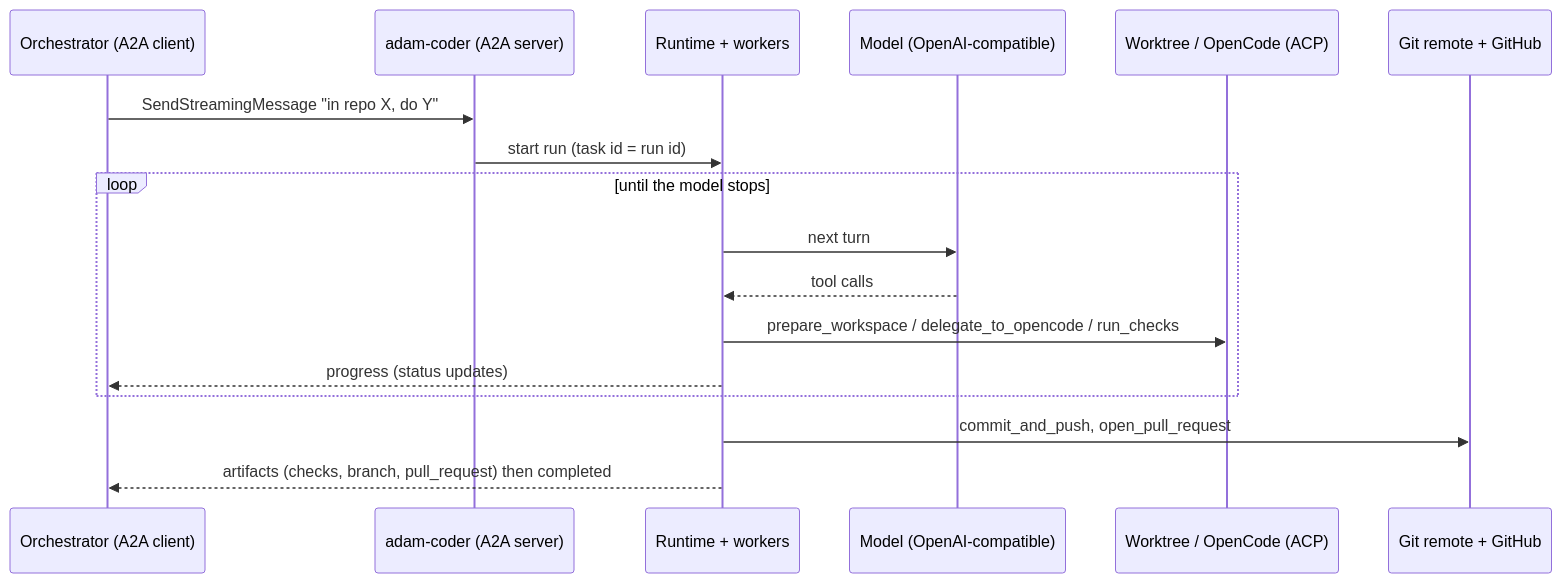
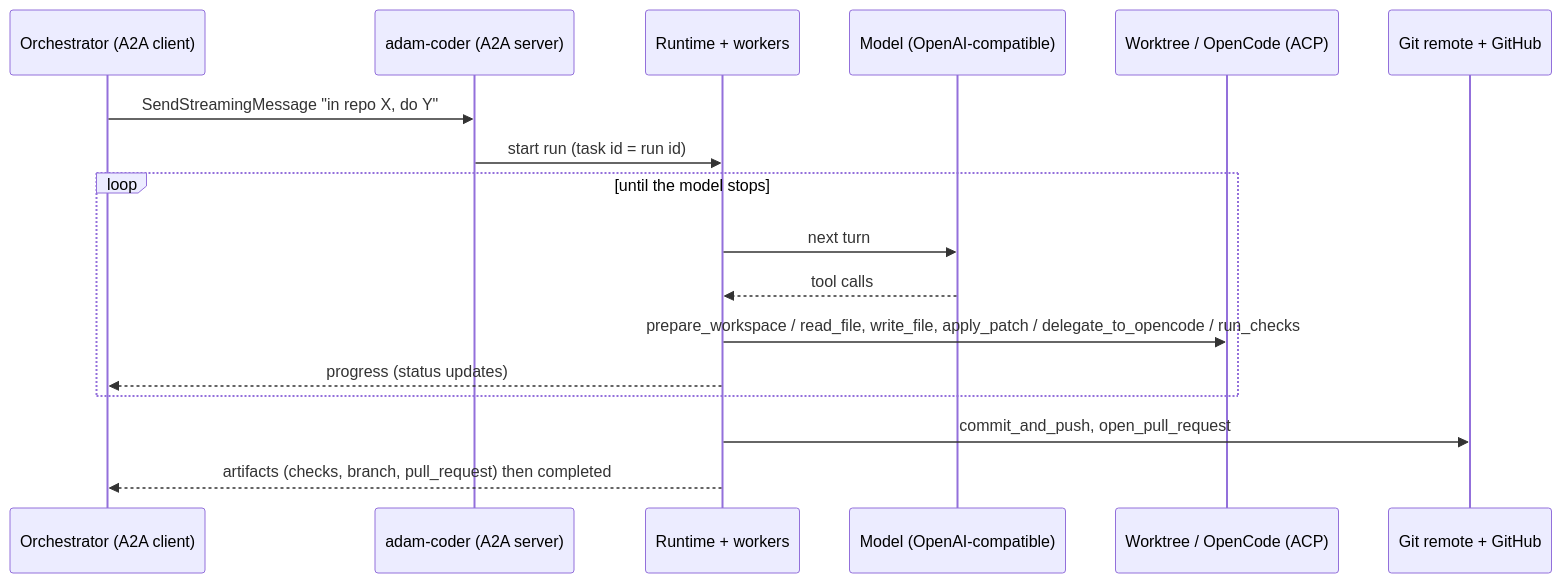
Before and after one commit to vymalo/another-adam-rs: the first of 12 diagrams in bin/adam-coder/README.md, drawn with Mermaid. The commit also changed other lines of this file and 21 other files, not shown here.

First line of the commit message:
feat(coder): read, write and patch files directly, confined to the worktree

````diff
--- a/bin/adam-coder/README.md
+++ b/bin/adam-coder/README.md
@@ -20,19 +21,19 @@
 ```mermaid
 sequenceDiagram
   participant O as Orchestrator (A2A client)
   participant S as adam-coder (A2A server)
   participant R as Runtime + workers
   participant M as Model (OpenAI-compatible)
   participant W as Worktree / OpenCode (ACP)
   participant G as Git remote + GitHub
   O->>S: SendStreamingMessage "in repo X, do Y"
   S->>R: start run (task id = run id)
   loop until the model stops
     R->>M: next turn
     M-->>R: tool calls
-    R->>W: prepare_workspace / delegate_to_opencode / run_checks
+    R->>W: prepare_workspace / read_file, write_file, apply_patch / delegate_to_opencode / run_checks
     R-->>O: progress (status updates)
   end
   R->>G: commit_and_push, open_pull_request
   R-->>O: artifacts (checks, branch, pull_request) then completed
 ```
````
